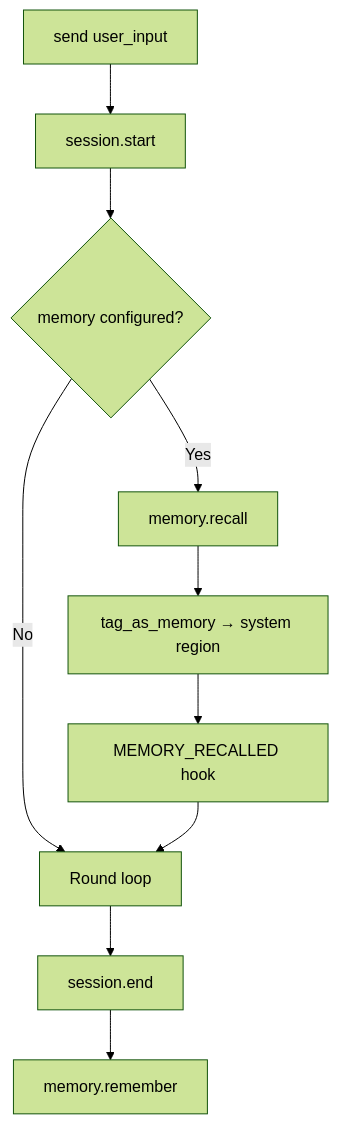
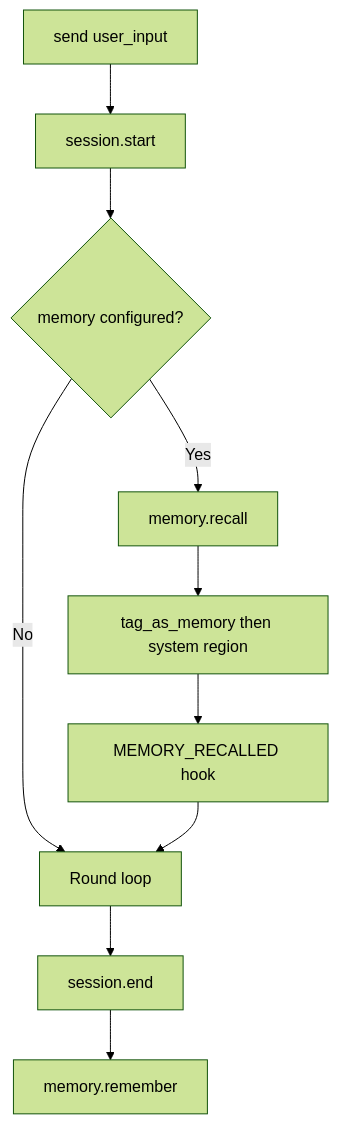
Before and after one commit to PL-play/power-loop: the diagram in docs/en/user-guide/memory.md, drawn with Mermaid (forest theme). The commit also changed other lines of this file and 46 other files, not shown here.

````diff
--- a/docs/en/user-guide/memory.md
+++ b/docs/en/user-guide/memory.md
@@ -9,12 +9,12 @@
 ```mermaid
 flowchart TD
     A[send user_input] --> B[session.start]
     B --> C{memory configured?}
     C -->|No| G[Round loop]
     C -->|Yes| D[memory.recall]
-    D --> E[tag_as_memory → system region]
+    D --> E[tag_as_memory then system region]
     E --> F[MEMORY_RECALLED hook]
     F --> G
     G --> H[session.end]
     H --> I[memory.remember]
 ```
````
